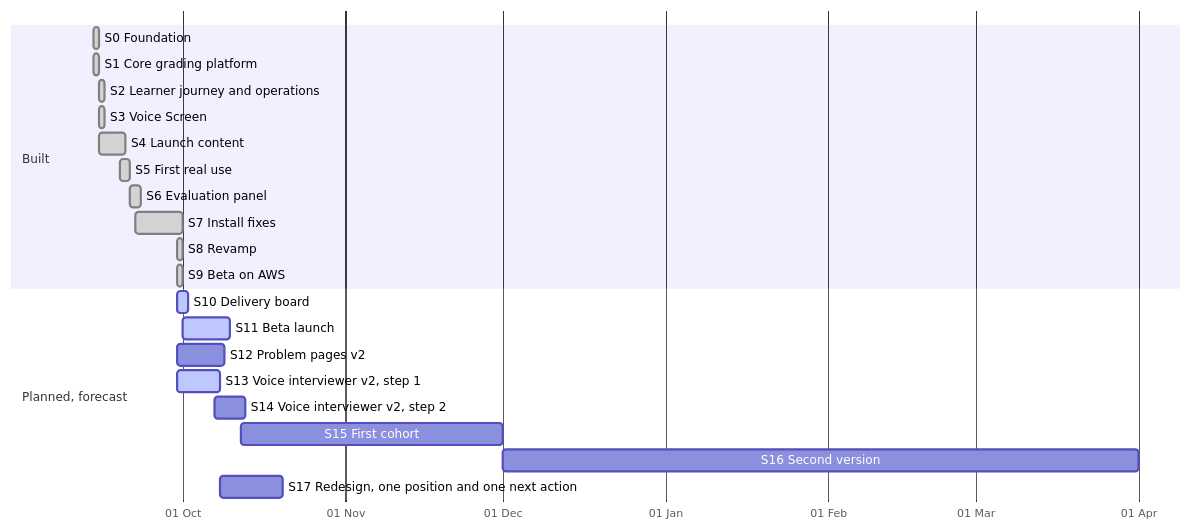
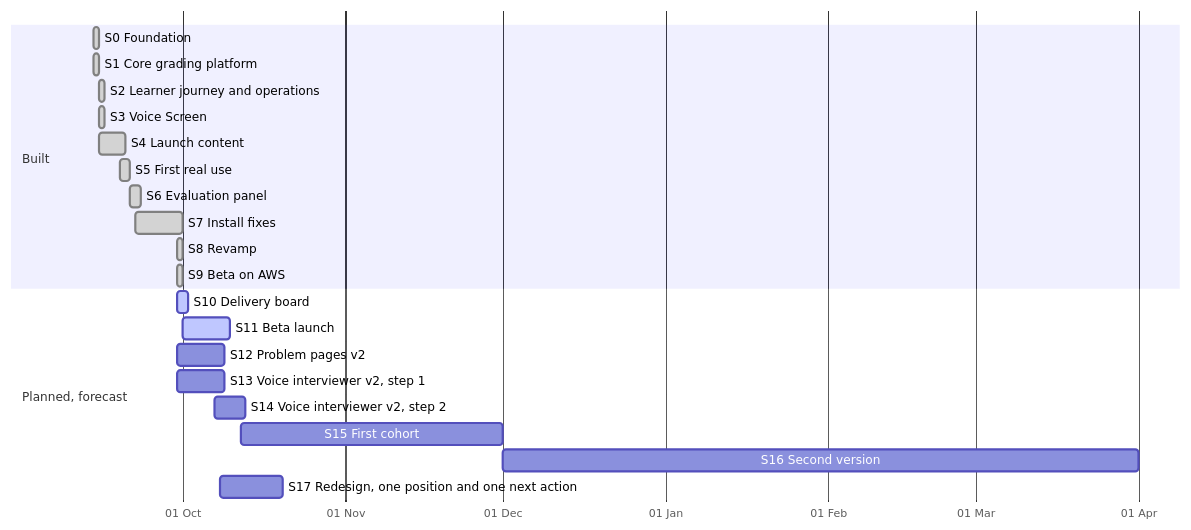
Before and after one commit to fde-academy-lab/fdeprep: the diagram in docs/project/README.md, drawn with Mermaid. The commit also changed 2 other files, not shown here.

Commit message:
Close S13.4, S13.5 and S13.6 on the delivery board
All three move to done with a finish of 8 October 2026 and an outcome
note saying what shipped, and python -m tools.project_sync --render-docs
rewrote the pages generated from the file.

S13's own finish moves from 7 to 8 October: the backlog rule puts a
story's finish inside its stage, and the stories finished a day after the
stage's forecast. No pull request number yet; the integrator adds it.

Claude-Session: https://claude.ai/code/session_01KLRYyhYasMMHHUDNVkGRMF

````diff
--- a/docs/project/README.md
+++ b/docs/project/README.md
@@ -28,25 +28,25 @@
 ```mermaid
 gantt
   dateFormat YYYY-MM-DD
   axisFormat %d %b
   section Built
   S0 Foundation :done, s0, 2026-09-14, 1d
   S1 Core grading platform :done, s1, 2026-09-14, 1d
   S2 Learner journey and operations :done, s2, 2026-09-15, 1d
   S3 Voice Screen :done, s3, 2026-09-15, 1d
   S4 Launch content :done, s4, 2026-09-15, 5d
   S5 First real use :done, s5, 2026-09-19, 2d
   S6 Evaluation panel :done, s6, 2026-09-21, 2d
   S7 Install fixes :done, s7, 2026-09-22, 9d
   S8 Revamp :done, s8, 2026-09-30, 1d
   S9 Beta on AWS :done, s9, 2026-09-30, 1d
   section Planned, forecast
   S10 Delivery board :active, s10, 2026-09-30, 2d
   S11 Beta launch :active, s11, 2026-10-01, 9d
   S12 Problem pages v2 :s12, 2026-09-30, 9d
-  S13 Voice interviewer v2, step 1 :active, s13, 2026-09-30, 8d
+  S13 Voice interviewer v2, step 1 :s13, 2026-09-30, 9d
   S14 Voice interviewer v2, step 2 :s14, 2026-10-07, 6d
   S15 First cohort :s15, 2026-10-12, 50d
   S16 Second version :s16, 2026-12-01, 121d
   S17 Redesign, one position and one next action :s17, 2026-10-08, 12d
 ```
````
